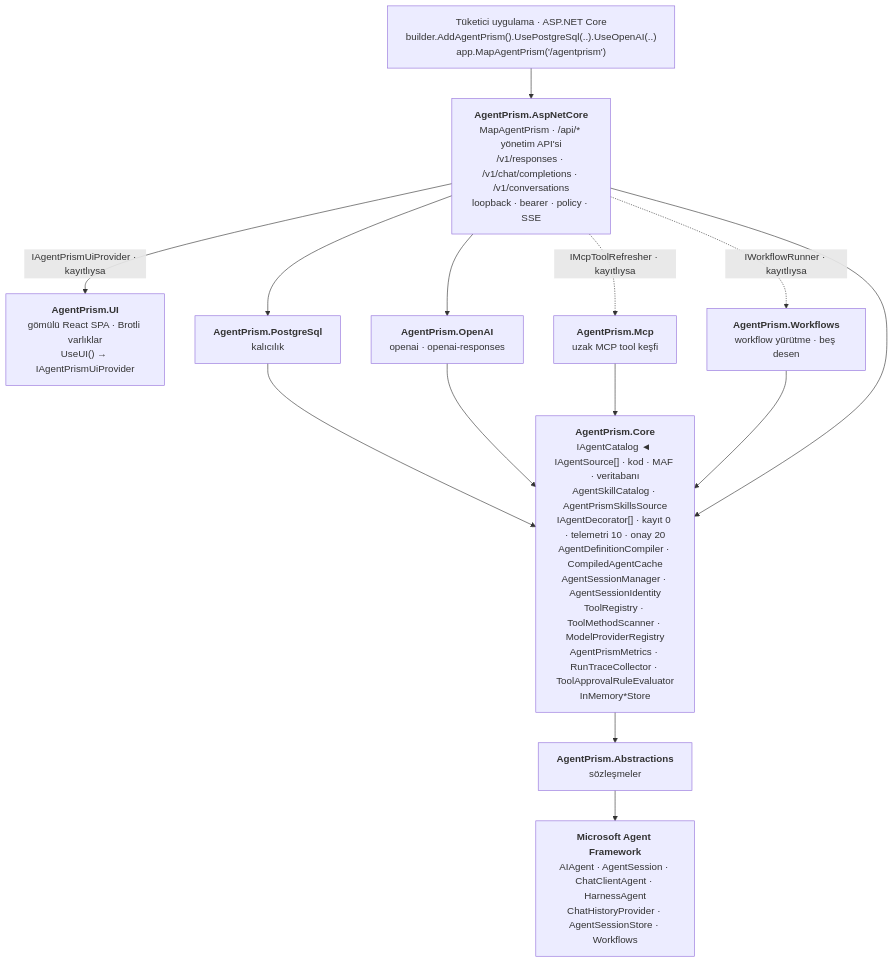
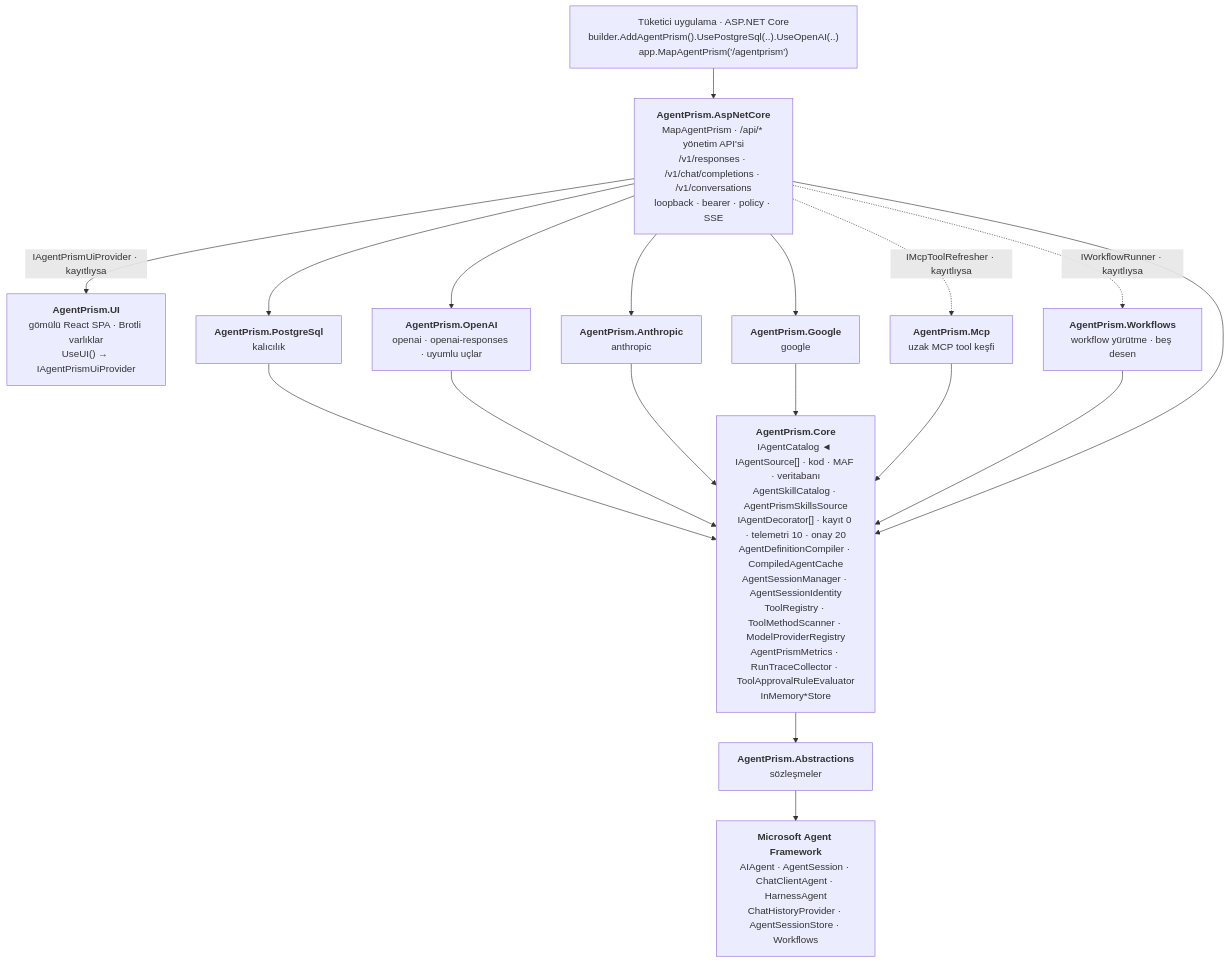
One commit to farukatasoy/Tracon changed the first of 11 diagrams in docs/MIMARI.md. Above: the diagram before and after it, drawn with Mermaid. The commit also changed other lines of this file and 73 other files, not shown here.

````diff
--- a/docs/MIMARI.md
+++ b/docs/MIMARI.md
@@ -68,32 +71,38 @@
 ```mermaid
 flowchart TD
     T["Tüketici uygulama · ASP.NET Core<br/>builder.AddAgentPrism().UsePostgreSql(..).UseOpenAI(..)<br/>app.MapAgentPrism('/agentprism')"]
 
     UI["<b>AgentPrism.UI</b><br/>gömülü React SPA · Brotli varlıklar<br/>UseUI() → IAgentPrismUiProvider"]
 
     HTTP["<b>AgentPrism.AspNetCore</b><br/>MapAgentPrism · /api/* yönetim API'si<br/>/v1/responses · /v1/chat/completions · /v1/conversations<br/>loopback · bearer · policy · SSE"]
 
     PG["<b>AgentPrism.PostgreSql</b><br/>kalıcılık"]
-    OA["<b>AgentPrism.OpenAI</b><br/>openai · openai-responses"]
+    OA["<b>AgentPrism.OpenAI</b><br/>openai · openai-responses · uyumlu uçlar"]
+    AN["<b>AgentPrism.Anthropic</b><br/>anthropic"]
+    GO["<b>AgentPrism.Google</b><br/>google"]
     MCP["<b>AgentPrism.Mcp</b><br/>uzak MCP tool keşfi"]
     WF["<b>AgentPrism.Workflows</b><br/>workflow yürütme · beş desen"]
 
     CORE["<b>AgentPrism.Core</b><br/>IAgentCatalog ◄ IAgentSource[] · kod · MAF · veritabanı<br/>AgentSkillCatalog · AgentPrismSkillsSource<br/>IAgentDecorator[] · kayıt 0 · telemetri 10 · onay 20<br/>AgentDefinitionCompiler · CompiledAgentCache<br/>AgentSessionManager · AgentSessionIdentity<br/>ToolRegistry · ToolMethodScanner · ModelProviderRegistry<br/>AgentPrismMetrics · RunTraceCollector · ToolApprovalRuleEvaluator<br/>InMemory*Store"]
 
     ABS["<b>AgentPrism.Abstractions</b><br/>sözleşmeler"]
 
     MAF["<b>Microsoft Agent Framework</b><br/>AIAgent · AgentSession · ChatClientAgent · HarnessAgent<br/>ChatHistoryProvider · AgentSessionStore · Workflows"]
 
     T --> HTTP
     HTTP -->|"IAgentPrismUiProvider · kayıtlıysa"| UI
     HTTP --> PG
     HTTP --> OA
+    HTTP --> AN
+    HTTP --> GO
     HTTP -.->|"IMcpToolRefresher · kayıtlıysa"| MCP
     HTTP -.->|"IWorkflowRunner · kayıtlıysa"| WF
     PG --> CORE
     OA --> CORE
+    AN --> CORE
+    GO --> CORE
     MCP --> CORE
     WF --> CORE
     HTTP --> CORE
     CORE --> ABS --> MAF
 ```
````
